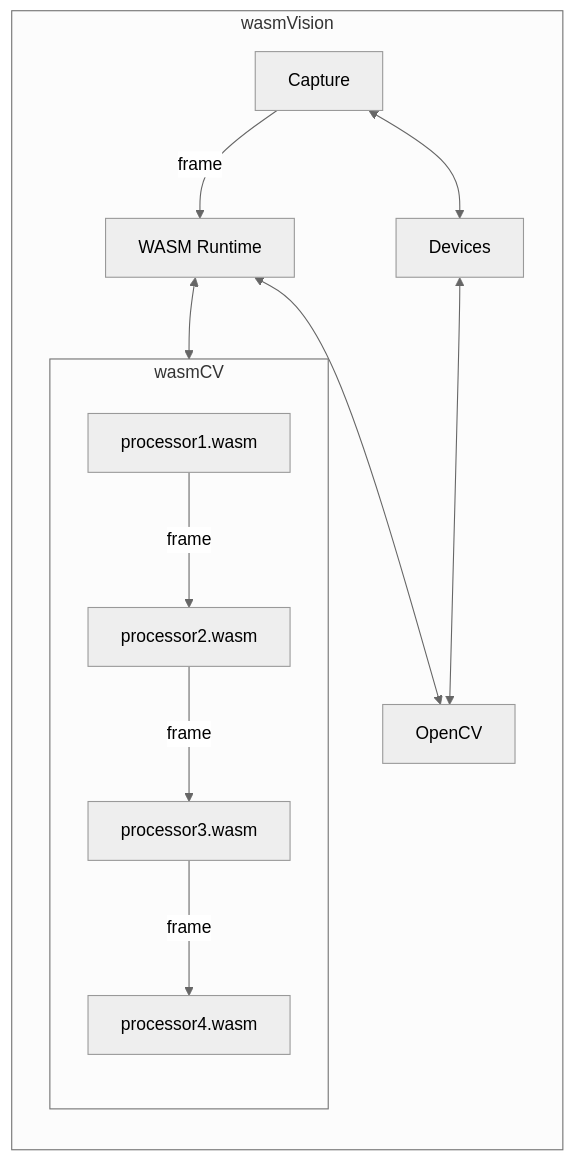
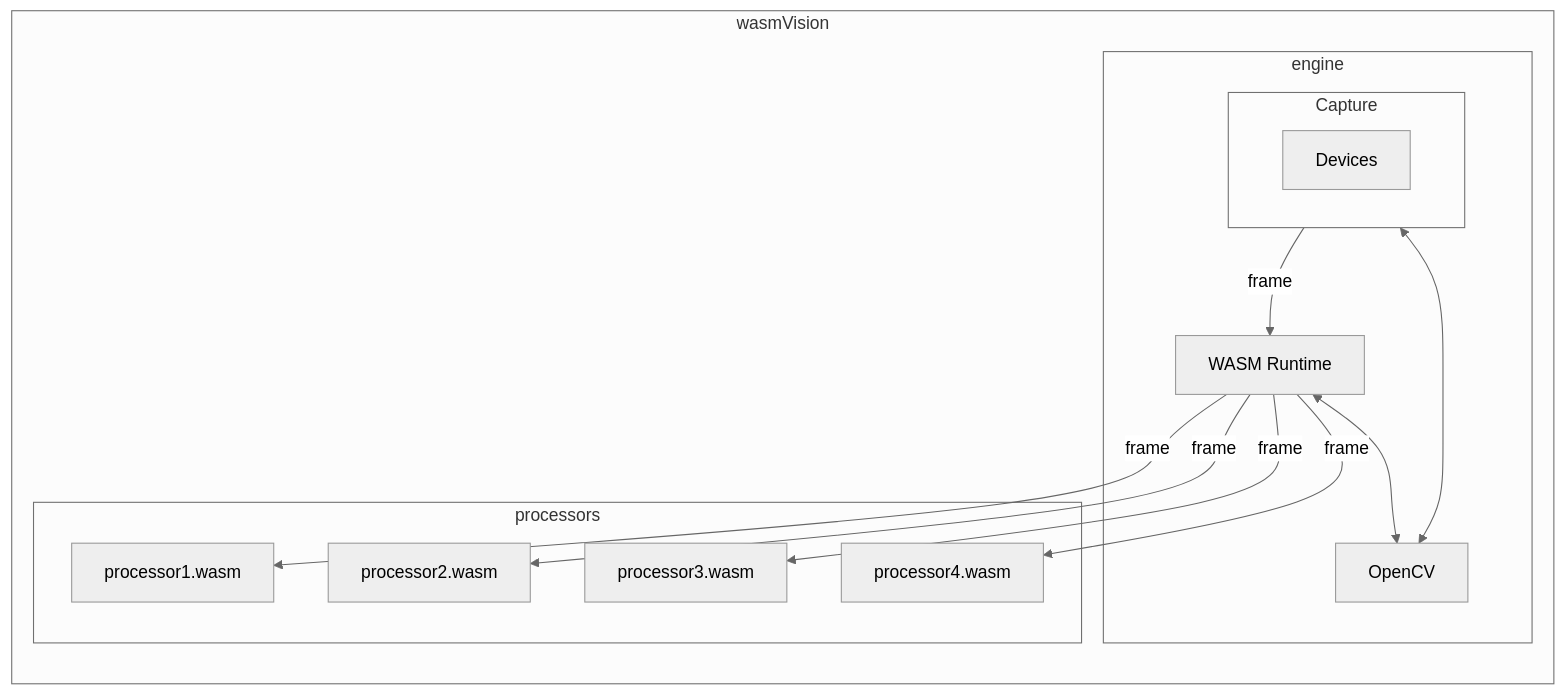
One commit to wasmvision/wasmvision changed the diagram in ARCHITECTURE.md. Above: the diagram before and after it, drawn with Mermaid (neutral theme). The commit also changed other lines of this file and 1 other file, not shown here.

Commit message:
docs: update diagrams for clarity

````diff
--- a/ARCHITECTURE.md
+++ b/ARCHITECTURE.md
@@ -5,15 +5,20 @@
 ```mermaid
 flowchart LR
     subgraph wasmVision
-        Capture--frame-->Runtime[WASM Runtime]
-        Capture<-->Devices
-        Devices<-->OpenCV
-        Runtime<-->wasmCV
-        Runtime<-->OpenCV
-    end
-    subgraph wasmCV
-        processor1.wasm--frame-->processor2.wasm
-        processor2.wasm--frame-->processor3.wasm
-        processor3.wasm--frame-->processor4.wasm
+        subgraph engine
+            subgraph Capture
+                Devices
+            end
+            Runtime[WASM Runtime]
+            Capture--frame-->Runtime
+            Capture<-->OpenCV
+            Runtime<-->OpenCV
+        end
+        subgraph processors
+            Runtime--frame-->processor1.wasm
+            Runtime--frame-->processor2.wasm
+            Runtime--frame-->processor3.wasm
+            Runtime--frame-->processor4.wasm
+        end
     end
 ```
````
